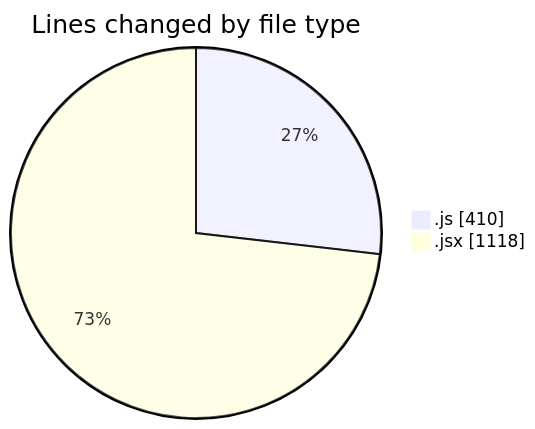
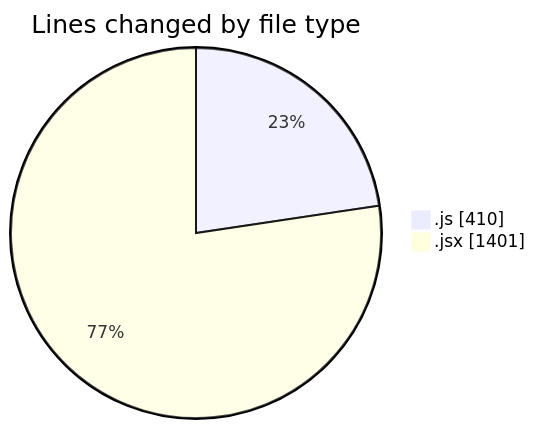
Before and after one commit to nxtqubesakshisongat/code-tracking: the first of 2 diagrams in 2025-08-28/nxtqube_webapp/README.md, drawn with Mermaid. The commit also changed other lines of this file and 1 other file, not shown here.

````diff
--- a/2025-08-28/nxtqube_webapp/README.md
+++ b/2025-08-28/nxtqube_webapp/README.md
@@ -23,6 +24,6 @@
 ```mermaid
 pie showData
 title Lines changed by file type
 ".js" : 410
-".jsx" : 1118
+".jsx" : 1401
 ```
````
